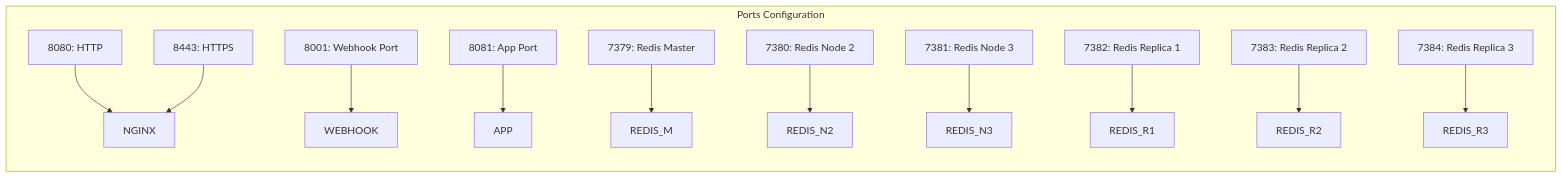
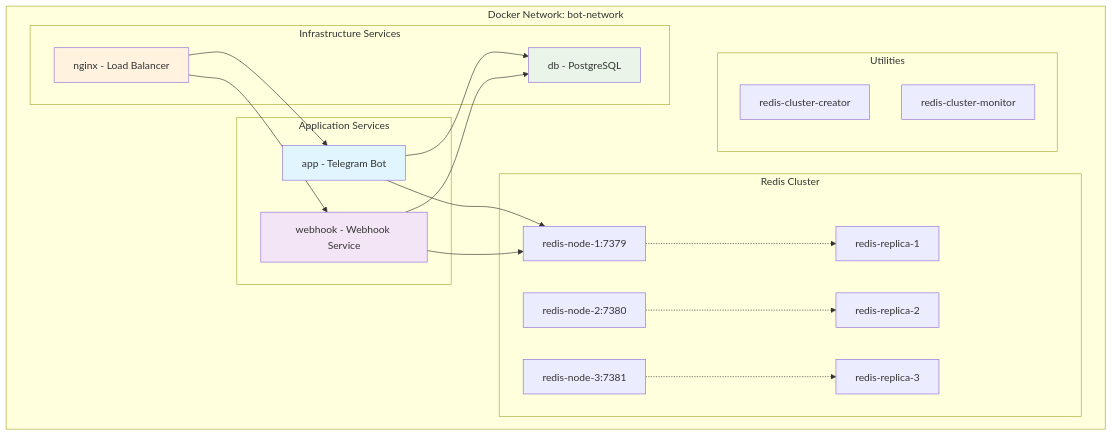
The sixth of 10 diagrams in README.md (neKamita/Mirza-Telegram-Shop-Bot), drawn with Mermaid before and after one commit. The commit also changed other lines of this file and 24 other files, not shown here.

````diff
--- a/README.md
+++ b/README.md
@@ -144,15 +420,44 @@
 ```mermaid
-graph LR
-    subgraph "Ports Configuration"
-        P1[8080: HTTP] --> NGINX
-        P2[8443: HTTPS] --> NGINX
-        P3[8001: Webhook Port] --> WEBHOOK
-        P4[8081: App Port] --> APP
-        P5[7379: Redis Master] --> REDIS_M
-        P6[7380: Redis Node 2] --> REDIS_N2
-        P7[7381: Redis Node 3] --> REDIS_N3
-        P8[7382: Redis Replica 1] --> REDIS_R1
-        P9[7383: Redis Replica 2] --> REDIS_R2
-        P10[7384: Redis Replica 3] --> REDIS_R3
+graph TB
+    subgraph "Docker Network: bot-network"
+        subgraph "Application Services"
+            APP[app - Telegram Bot]
+            WEBHOOK[webhook - Webhook Service]
+        end
+
+        subgraph "Infrastructure Services"
+            PG[db - PostgreSQL]
+            NGINX[nginx - Load Balancer]
+        end
+
+        subgraph "Redis Cluster"
+            R1[redis-node-1:7379]
+            R2[redis-node-2:7380]
+            R3[redis-node-3:7381]
+            RR1[redis-replica-1]
+            RR2[redis-replica-2]
+            RR3[redis-replica-3]
+        end
+
+        subgraph "Utilities"
+            RC[redis-cluster-creator]
+            RM[redis-cluster-monitor]
+        end
     end
+
+    APP --> PG
+    APP --> R1
+    WEBHOOK --> PG
+    WEBHOOK --> R1
+    NGINX --> APP
+    NGINX --> WEBHOOK
+
+    R1 -.-> RR1
+    R2 -.-> RR2
+    R3 -.-> RR3
+
+    style APP fill:#e1f5fe
+    style WEBHOOK fill:#f3e5f5
+    style PG fill:#e8f5e8
+    style NGINX fill:#fff3e0
 ```
````
